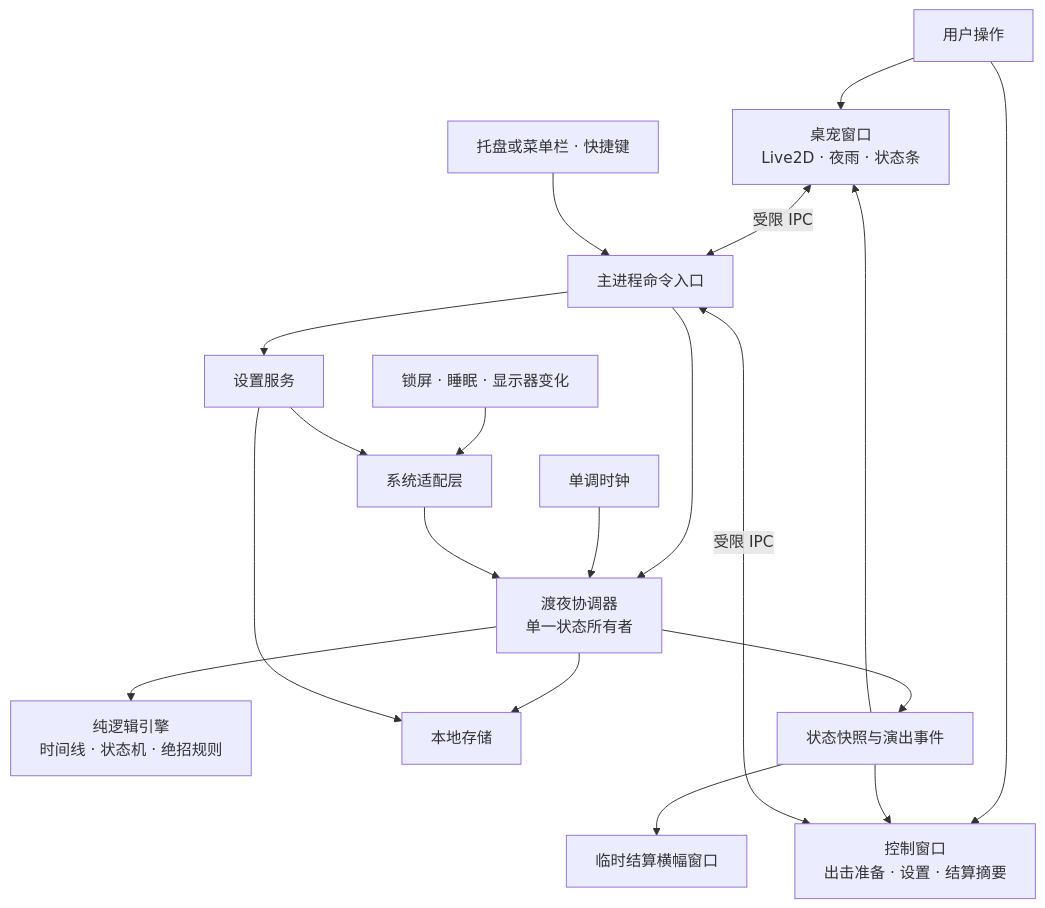
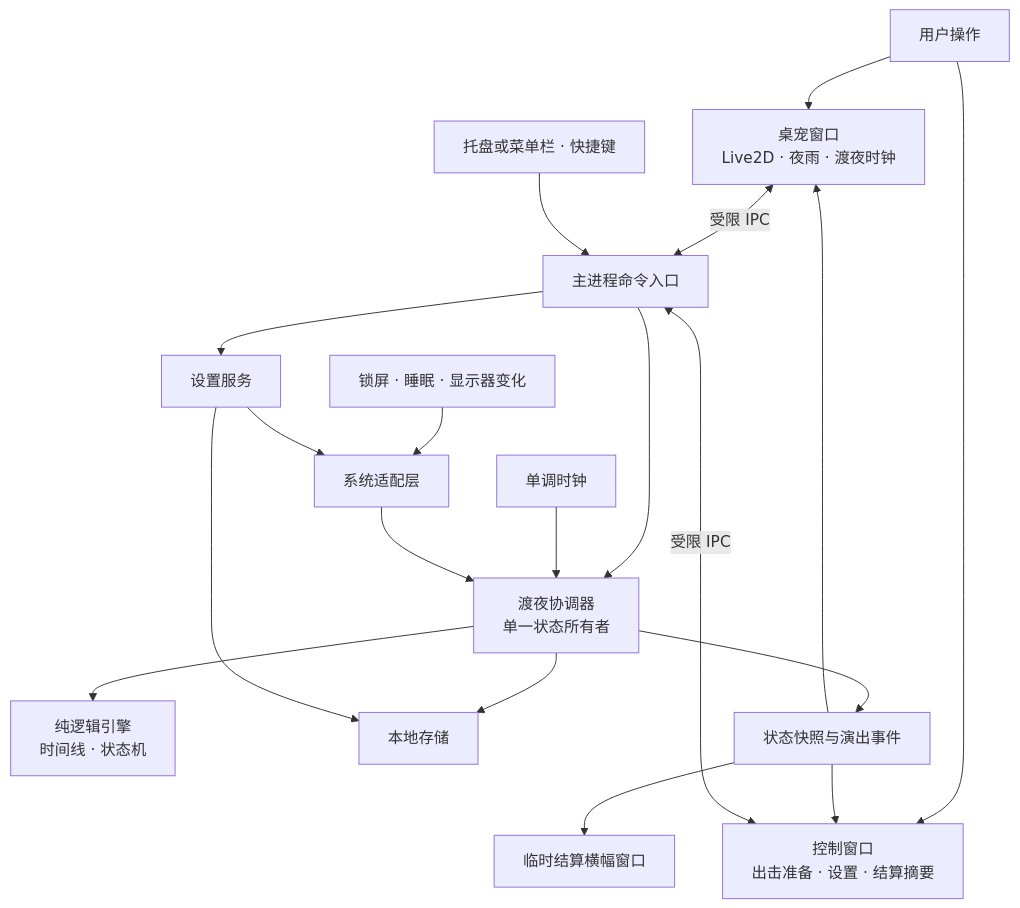
Before and after one commit to soraaa013-ops/nightreign-pet: the first of 2 diagrams in docs/TECHNICAL_DESIGN.md, drawn with Mermaid. The commit also changed other lines of this file and 86 other files, not shown here.

````diff
--- a/docs/TECHNICAL_DESIGN.md
+++ b/docs/TECHNICAL_DESIGN.md
@@ -17,21 +17,21 @@
 ```mermaid
 flowchart TB
-  User[用户操作] --> Pet[桌宠窗口\nLive2D · 夜雨 · 状态条]
+  User[用户操作] --> Pet[桌宠窗口\nLive2D · 夜雨 · 渡夜时钟]
   User --> Control[控制窗口\n出击准备 · 设置 · 结算摘要]
   Pet <-->|受限 IPC| Bridge[主进程命令入口]
   Control <-->|受限 IPC| Bridge
   Tray[托盘或菜单栏 · 快捷键] --> Bridge
   Bridge --> Session[渡夜协调器\n单一状态所有者]
-  Session --> Core[纯逻辑引擎\n时间线 · 状态机 · 绝招规则]
+  Session --> Core[纯逻辑引擎\n时间线 · 状态机]
   Clock[单调时钟] --> Session
   OS[锁屏 · 睡眠 · 显示器变化] --> Platform[系统适配层]
   Platform --> Session
   Bridge --> Settings[设置服务]
   Settings --> Platform
   Session --> Store[本地存储]
   Settings --> Store
   Session --> Feed[状态快照与演出事件]
   Feed --> Pet
   Feed --> Control
   Feed --> Banner[临时结算横幅窗口]
 ```
````
